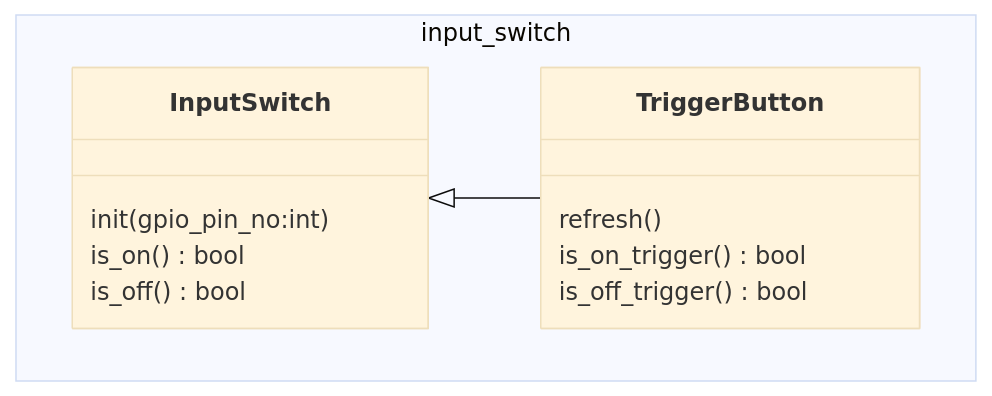
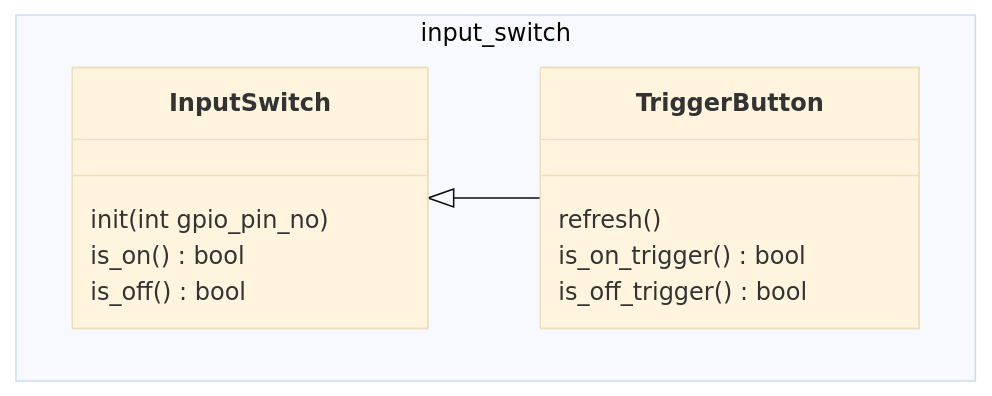
Before and after one commit to ModokiSealsky/ElectronicWork: the fourth of 5 diagrams in Library/picolib/README.md, drawn with Mermaid (base theme). The commit also changed other lines of this file, not shown here.

Commit message:
クラス図の引数型の書式を修正

````diff
--- a/Library/picolib/README.md
+++ b/Library/picolib/README.md
@@ -139,16 +140,16 @@
 ```mermaid
 classDiagram
 namespace input_switch {
     class InputSwitch{
-        init(gpio_pin_no:int)
+        init(int gpio_pin_no)
         is_on() bool
         is_off() bool
     }
     class TriggerButton{
         refresh()
         is_on_trigger() bool
         is_off_trigger() bool
     }
 }
 InputSwitch <|-- TriggerButton
 ```
````
